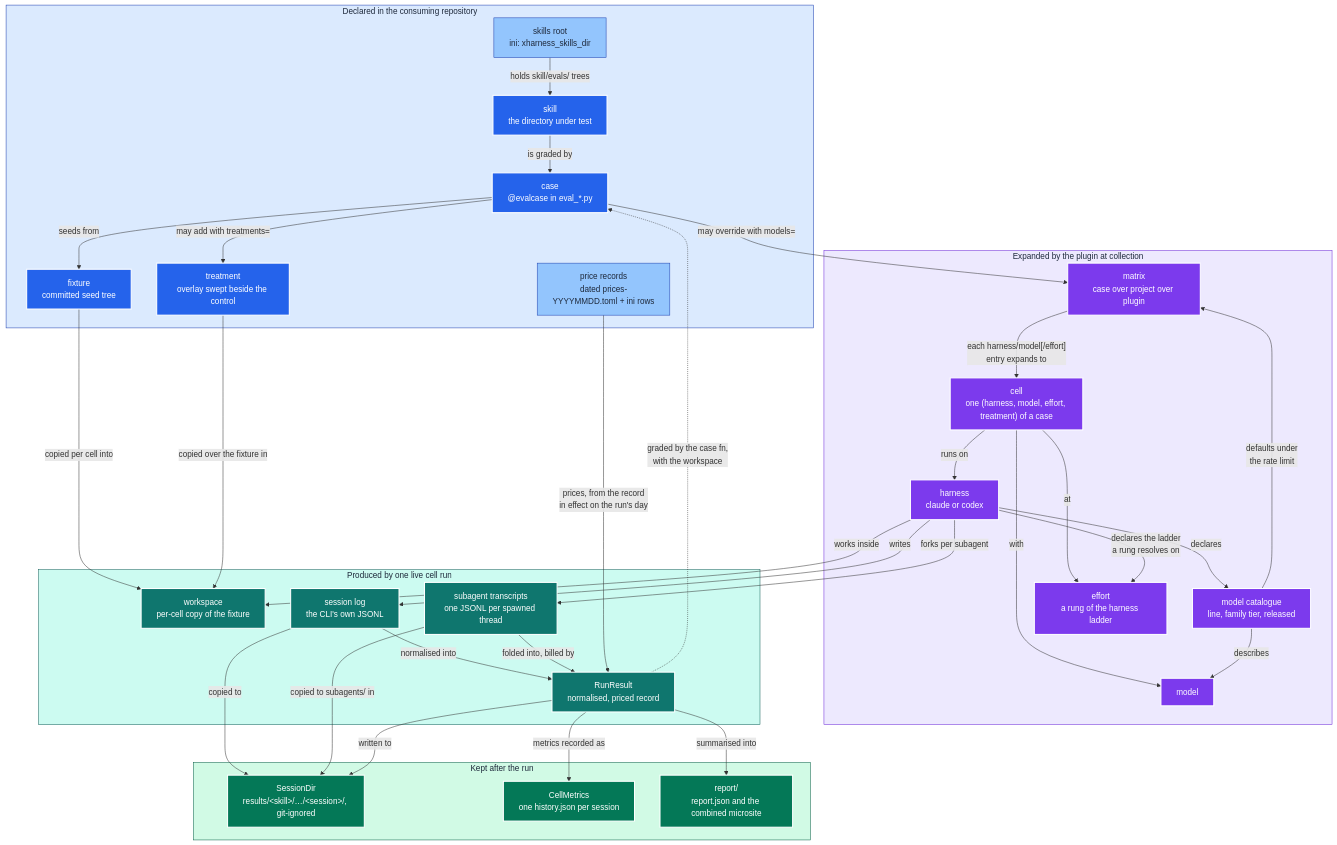
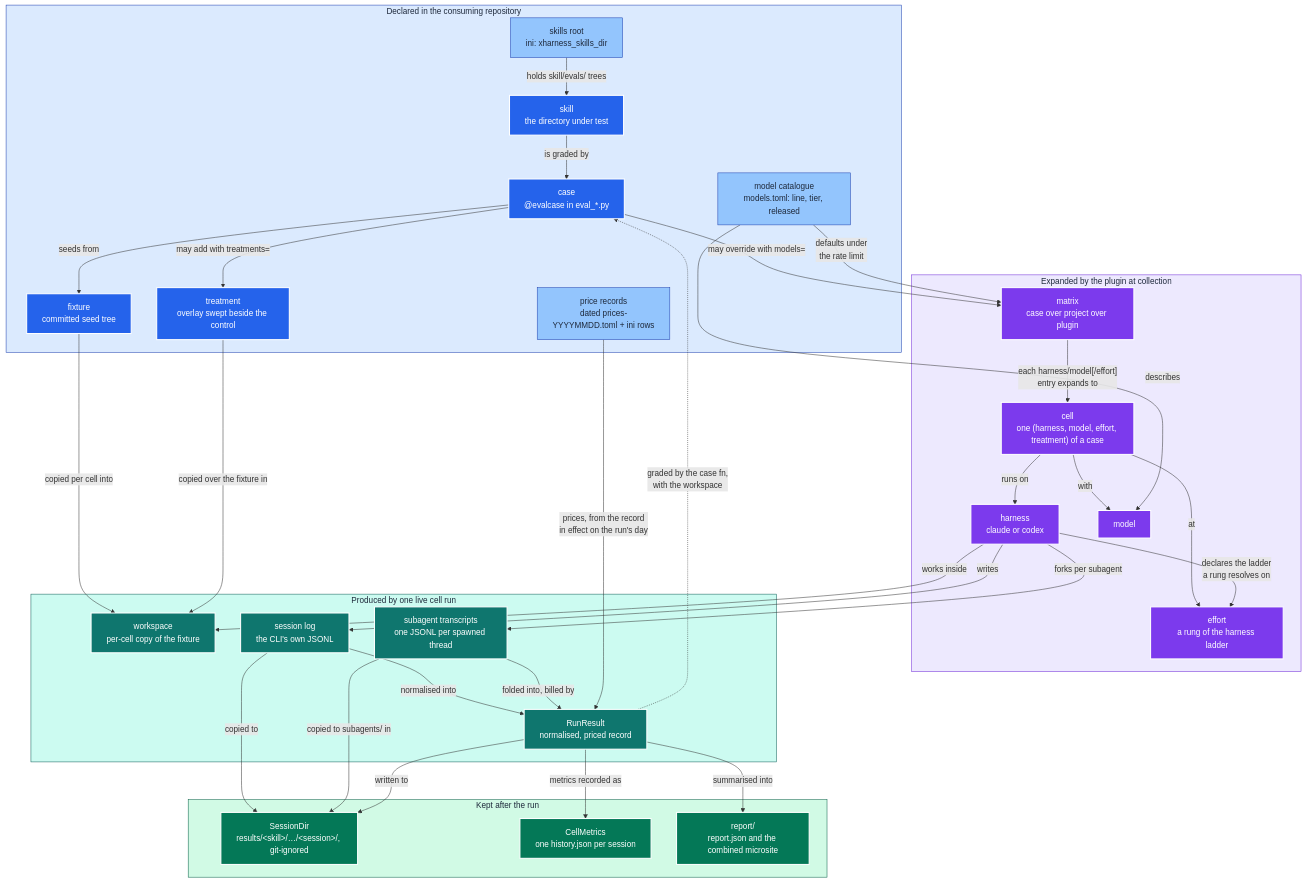
The diagram in GLOSSARY.md (neozenith/pytest-xharness-eval), drawn with Mermaid before and after one commit. The commit also changed other lines of this file and 37 other files, not shown here.

First line of the commit message:
One model catalogue file, and live pricing into the cache (ADR 0059, ADR 0060)

````diff
--- a/GLOSSARY.md
+++ b/GLOSSARY.md
@@ -84,75 +85,74 @@
 ```mermaid
 flowchart TB
     subgraph declared["Declared in the consuming repository"]
         ROOT["skills root<br/>ini: xharness_skills_dir"]:::cfg
         SKILL["skill<br/>the directory under test"]:::declare
         CASE["case<br/>@evalcase in eval_*.py"]:::declare
         FIX["fixture<br/>committed seed tree"]:::declare
         TREAT["treatment<br/>overlay swept beside the control"]:::declare
         PRICES["price records<br/>dated prices-YYYYMMDD.toml + ini rows"]:::cfg
+        CATALOG["model catalogue<br/>models.toml: line, tier, released"]:::cfg
     end
 
     subgraph expanded["Expanded by the plugin at collection"]
         MATRIX["matrix<br/>case over project over plugin"]:::plan
         CELL["cell<br/>one (harness, model, effort, treatment) of a case"]:::plan
         HARNESS["harness<br/>claude or codex"]:::plan
         MODEL["model"]:::plan
-        CATALOG["model catalogue<br/>line, family tier, released"]:::plan
         EFFORT["effort<br/>a rung of the harness ladder"]:::plan
     end
 
     subgraph produced["Produced by one live cell run"]
         WS["workspace<br/>per-cell copy of the fixture"]:::data
         LOG["session log<br/>the CLI's own JSONL"]:::data
         SUB["subagent transcripts<br/>one JSONL per spawned thread"]:::data
         RR["RunResult<br/>normalised, priced record"]:::data
     end
 
     subgraph kept["Kept after the run"]
         CAP["SessionDir<br/>results/&lt;skill&gt;/…/&lt;session&gt;/, git-ignored"]:::out
         HIST["CellMetrics<br/>one history.json per session"]:::out
         REP["report/<br/>report.json and the combined microsite"]:::out
     end
 
     ROOT -->|"holds skill/evals/ trees"| SKILL
     SKILL -->|"is graded by"| CASE
     CASE -->|"seeds from"| FIX
     CASE -->|"may override with models="| MATRIX
     MATRIX -->|"each harness/model[/effort]<br/>entry expands to"| CELL
     CELL -->|"runs on"| HARNESS
     CELL -->|"with"| MODEL
     CELL -->|"at"| EFFORT
     HARNESS -->|"declares the ladder<br/>a rung resolves on"| EFFORT
-    HARNESS -->|"declares"| CATALOG
     CATALOG -->|"describes"| MODEL
     CATALOG -->|"defaults under<br/>the rate limit"| MATRIX
     FIX -->|"copied per cell into"| WS
     CASE -->|"may add with treatments="| TREAT
     TREAT -->|"copied over the fixture in"| WS
     HARNESS -->|"works inside"| WS
     HARNESS -->|"writes"| LOG
     HARNESS -->|"forks per subagent"| SUB
     LOG -->|"normalised into"| RR
     SUB -->|"folded into, billed by"| RR
     PRICES -->|"prices, from the record<br/>in effect on the run's day"| RR
     RR -.->|"graded by the case fn,<br/>with the workspace"| CASE
     LOG -->|"copied to"| CAP
     SUB -->|"copied to subagents/ in"| CAP
     RR -->|"written to"| CAP
     RR -->|"metrics recorded as"| HIST
     RR -->|"summarised into"| REP
 
     classDef declare fill:#2563eb,stroke:#fff,color:#fff,stroke-width:2px
     classDef cfg     fill:#93c5fd,stroke:#1e40af,color:#1e293b,stroke-width:1px
     classDef plan    fill:#7c3aed,stroke:#fff,color:#fff,stroke-width:2px
     classDef data    fill:#0f766e,stroke:#fff,color:#fff,stroke-width:2px
     classDef out     fill:#047857,stroke:#fff,color:#fff,stroke-width:2px
     classDef sgDeclare  fill:#dbeafe,stroke:#1e40af,color:#1e293b
     classDef sgExpand   fill:#ede9fe,stroke:#6d28d9,color:#1e293b
     classDef sgProduced fill:#ccfbf1,stroke:#115e59,color:#1e293b
     classDef sgKept     fill:#d1fae5,stroke:#065f46,color:#1e293b
     class declared sgDeclare
     class expanded sgExpand
     class produced sgProduced
     class kept sgKept
 ```
````
